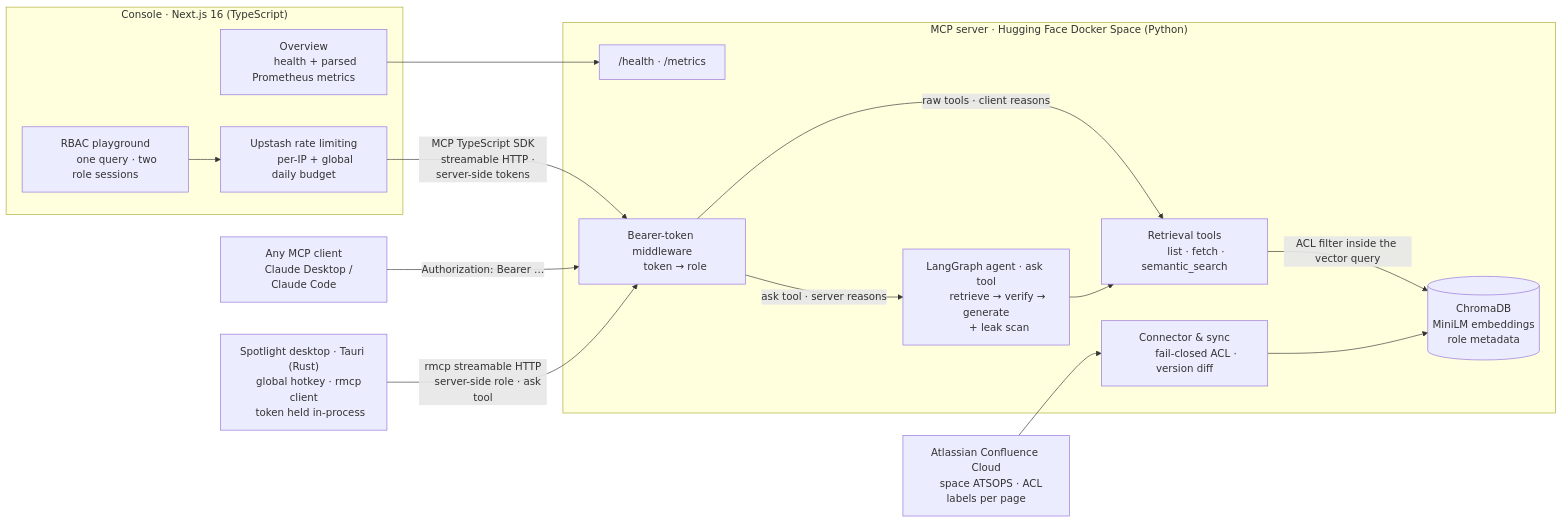
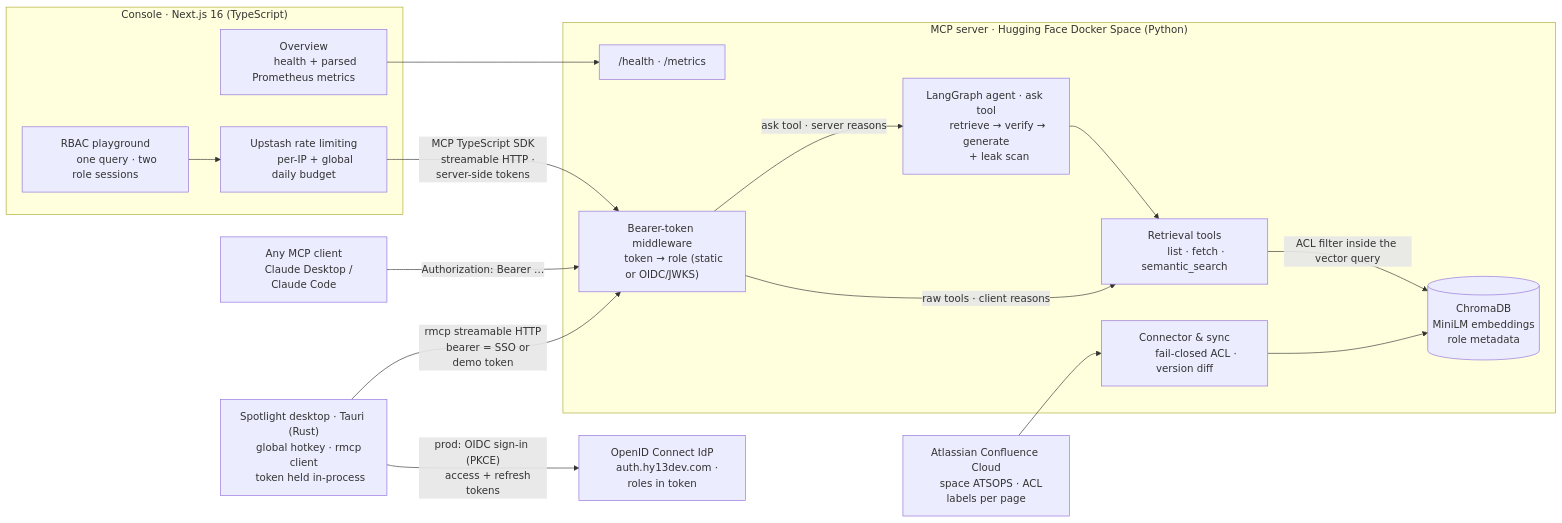
Before and after one commit to HoodieYlya13/confluence-bot: the diagram in README.md, drawn with Mermaid. The commit also changed other lines of this file and 1 other file, not shown here.

Commit message:
update SSO

````diff
--- a/README.md
+++ b/README.md
@@ -56,51 +56,56 @@
 ```mermaid
 flowchart LR
     CONF["Atlassian Confluence Cloud
     space ATSOPS · ACL labels per page"]
 
     subgraph SRV["MCP server · Hugging Face Docker Space (Python)"]
         SYNC["Connector & sync
         fail-closed ACL · version diff"]
         IDX[("ChromaDB
         MiniLM embeddings
         role metadata")]
         MW["Bearer-token middleware
-        token → role"]
+        token → role (static or OIDC/JWKS)"]
         TOOLS["Retrieval tools
         list · fetch · semantic_search"]
         AGENT["LangGraph agent · ask tool
         retrieve → verify → generate
         + leak scan"]
         OBS["/health · /metrics"]
         SYNC --> IDX
         MW -->|raw tools · client reasons| TOOLS
         MW -->|ask tool · server reasons| AGENT
         TOOLS -->|ACL filter inside the vector query| IDX
         AGENT --> TOOLS
     end
 
     subgraph APP["Console · Next.js 16 (TypeScript)"]
         OV["Overview
         health + parsed Prometheus metrics"]
         PG["RBAC playground
         one query · two role sessions"]
         RL["Upstash rate limiting
         per-IP + global daily budget"]
         PG --> RL
     end
 
+    IDP["OpenID Connect IdP
+    auth.hy13dev.com · roles in token"]
+
     CLIENT["Any MCP client
     Claude Desktop / Claude Code"]
 
     SPOT["Spotlight desktop · Tauri (Rust)
     global hotkey · rmcp client
     token held in-process"]
 
     CONF --> SYNC
     CLIENT -->|"Authorization: Bearer …"| MW
     RL -->|"MCP TypeScript SDK
     streamable HTTP · server-side tokens"| MW
+    SPOT -->|"prod: OIDC sign-in (PKCE)
+    access + refresh tokens"| IDP
     SPOT -->|"rmcp streamable HTTP
-    server-side role · ask tool"| MW
+    bearer = SSO or demo token"| MW
     OV --> OBS
 ```
````
